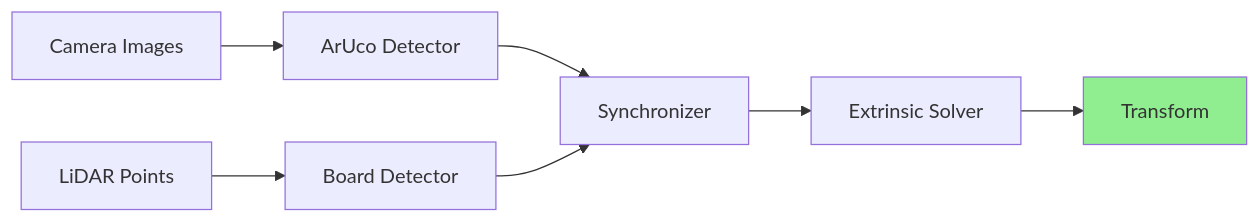
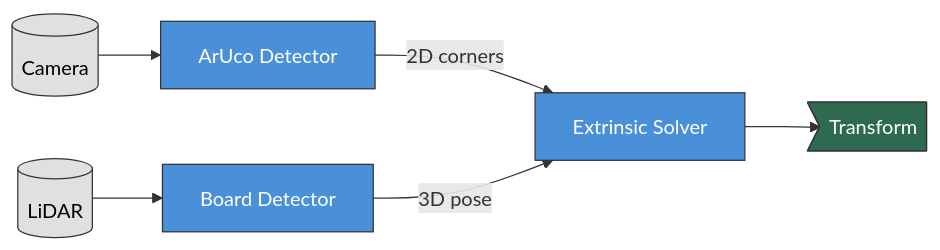
Before and after one commit to NEWSLabNTU/LCTK: the diagram in book/src/user-guide/lidar-camera.md, drawn with Mermaid. The commit also changed other lines of this file and 17 other files, not shown here.

Commit message:
Rewrite book content: Fix outdated content. Add dataflow diagrams. Remove project status page

````diff
--- a/book/src/user-guide/lidar-camera.md
+++ b/book/src/user-guide/lidar-camera.md
@@ -7,11 +7,16 @@
 ```mermaid
 graph LR
-    A[Camera Images] --> C[ArUco Detector]
-    B[LiDAR Points] --> D[Board Detector]
-    C --> E[Synchronizer]
-    D --> E
-    E --> F[Extrinsic Solver]
-    F --> G[Transform]
+    A[(Camera)] --> C[ArUco Detector]
+    B[(LiDAR)] --> D[Board Detector]
+    C -->|2D corners| F[Extrinsic Solver]
+    D -->|3D pose| F
+    F --> G>Transform]
 
-    style G fill:#90EE90
+    classDef sensor fill:#e0e0e0,stroke:#333,color:#000
+    classDef node fill:#4a90d9,stroke:#333,color:#fff
+    classDef output fill:#2d6a4f,stroke:#333,color:#fff
+
+    class A,B sensor
+    class C,D,F node
+    class G output
 ```
````
